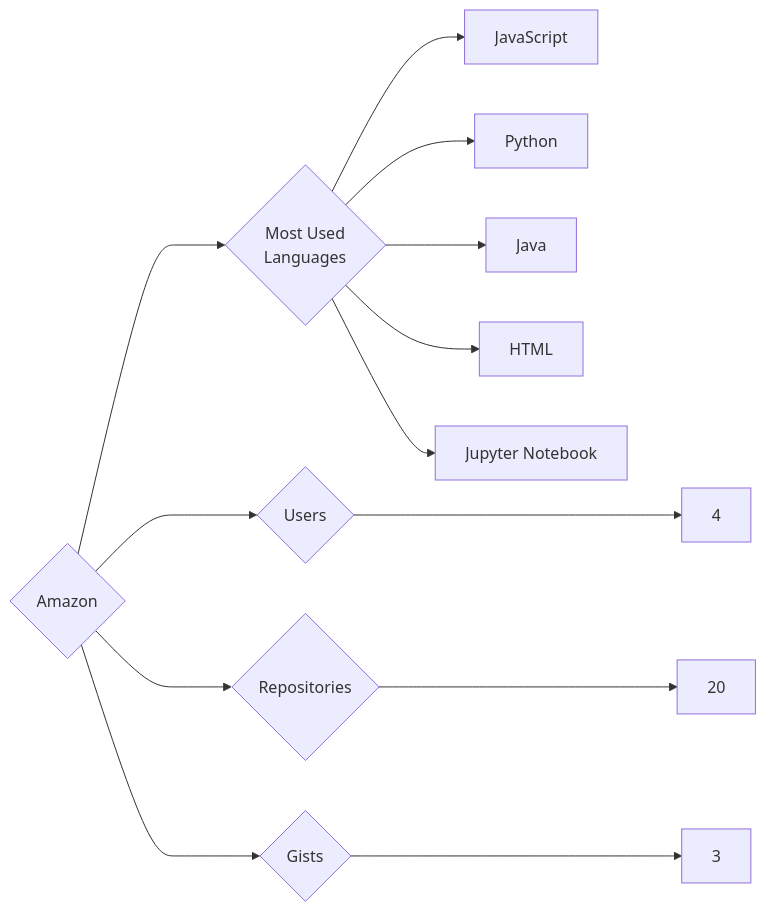
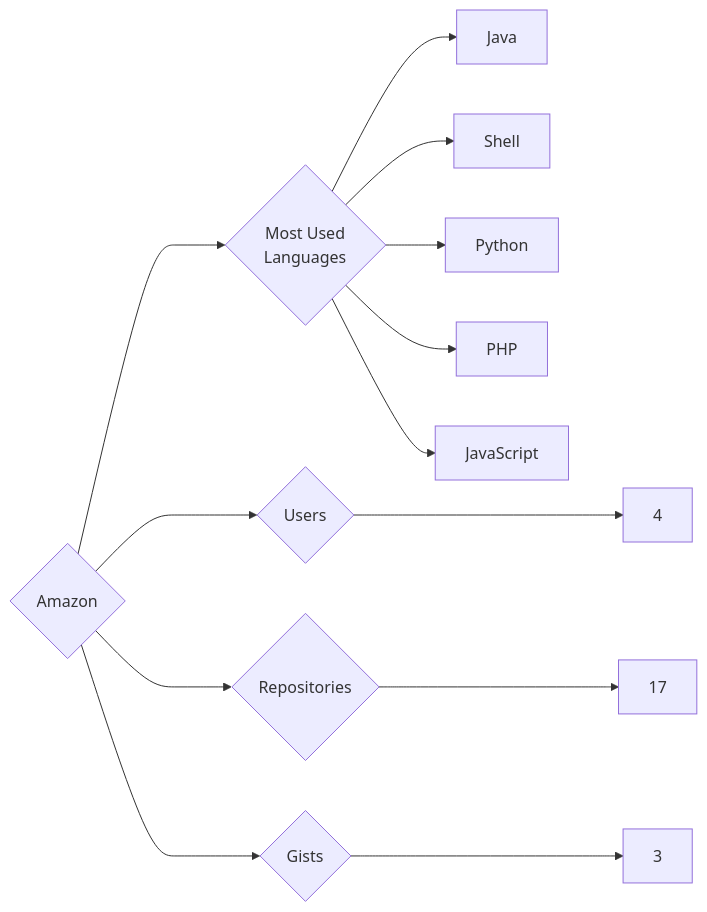
One commit to trickest/insiders changed the diagram in targets/Amazon/README.md. Above: the diagram before and after it, drawn with Mermaid. The commit also changed 815 other files, not shown here.

````diff
--- a/targets/Amazon/README.md
+++ b/targets/Amazon/README.md
@@ -3,13 +3,13 @@
 ```mermaid
 graph LR
 COMPANY_NAME{Amazon}
 COMPANY_NAME ---> U{Users} ---> UN[4]
-COMPANY_NAME ---> R{Repositories} ---> RN[20]
+COMPANY_NAME ---> R{Repositories} ---> RN[17]
 COMPANY_NAME ---> G{Gists} ---> GN[3]
 COMPANY_NAME ---> ML{Most Used<br>Languages}
+ML --> Java[Java]
+ML --> Shell[Shell]
+ML --> Python[Python]
+ML --> PHP[PHP]
 ML --> JavaScript[JavaScript]
-ML --> Python[Python]
-ML --> Java[Java]
-ML --> HTML[HTML]
-ML --> Jupyter_Notebook[Jupyter Notebook]
 ```
````
